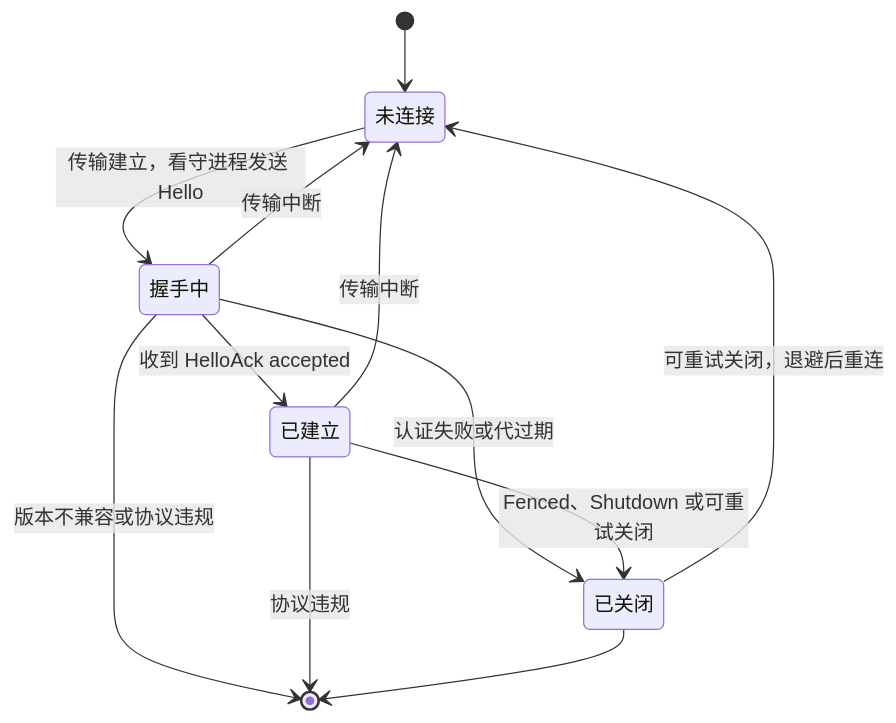
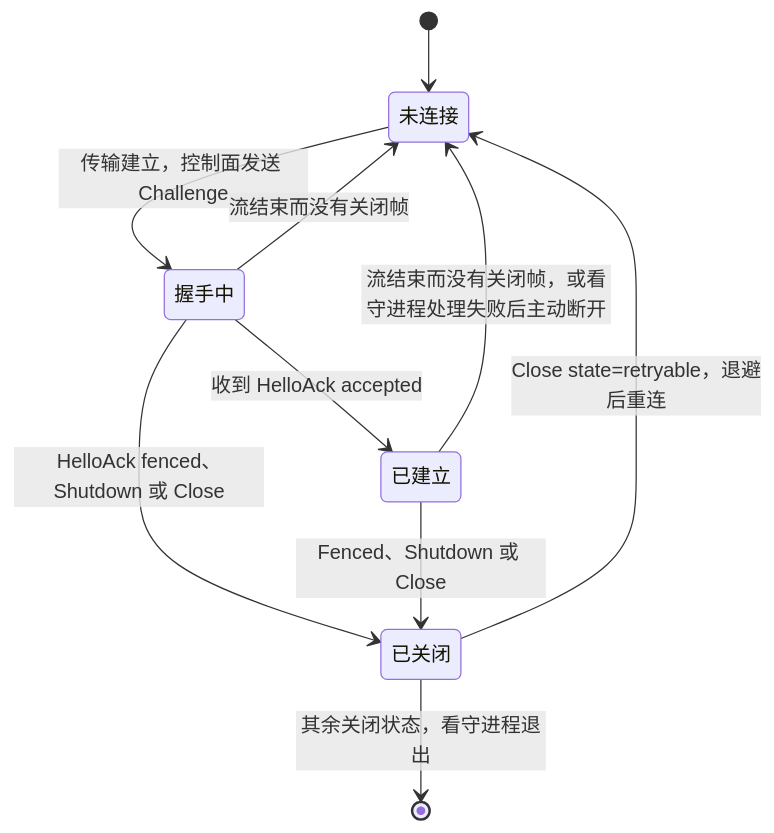
The second of 8 diagrams in docs/design/modules/design-agentprotocol.md (wangzw/castworks), drawn with Mermaid before and after one commit. The commit also changed other lines of this file and 35 other files, not shown here.

````diff
--- a/docs/design/modules/design-agentprotocol.md
+++ b/docs/design/modules/design-agentprotocol.md
@@ -205,18 +266,16 @@
 ```mermaid
 stateDiagram-v2
     state "未连接" as Disconnected
     state "握手中" as Handshaking
     state "已建立" as Established
     state "已关闭" as Closed
     [*] --> Disconnected
-    Disconnected --> Handshaking: 传输建立，看守进程发送 Hello
+    Disconnected --> Handshaking: 传输建立，控制面发送 Challenge
     Handshaking --> Established: 收到 HelloAck accepted
-    Handshaking --> Disconnected: 传输中断
-    Handshaking --> Closed: 认证失败或代过期
-    Handshaking --> [*]: 版本不兼容或协议违规
-    Established --> Disconnected: 传输中断
-    Established --> Closed: Fenced、Shutdown 或可重试关闭
-    Established --> [*]: 协议违规
-    Closed --> Disconnected: 可重试关闭，退避后重连
-    Closed --> [*]
+    Handshaking --> Disconnected: 流结束而没有关闭帧
+    Handshaking --> Closed: HelloAck fenced、Shutdown 或 Close
+    Established --> Disconnected: 流结束而没有关闭帧，或看守进程处理失败后主动断开
+    Established --> Closed: Fenced、Shutdown 或 Close
+    Closed --> Disconnected: Close state=retryable，退避后重连
+    Closed --> [*]: 其余关闭状态，看守进程退出
 ```
````
